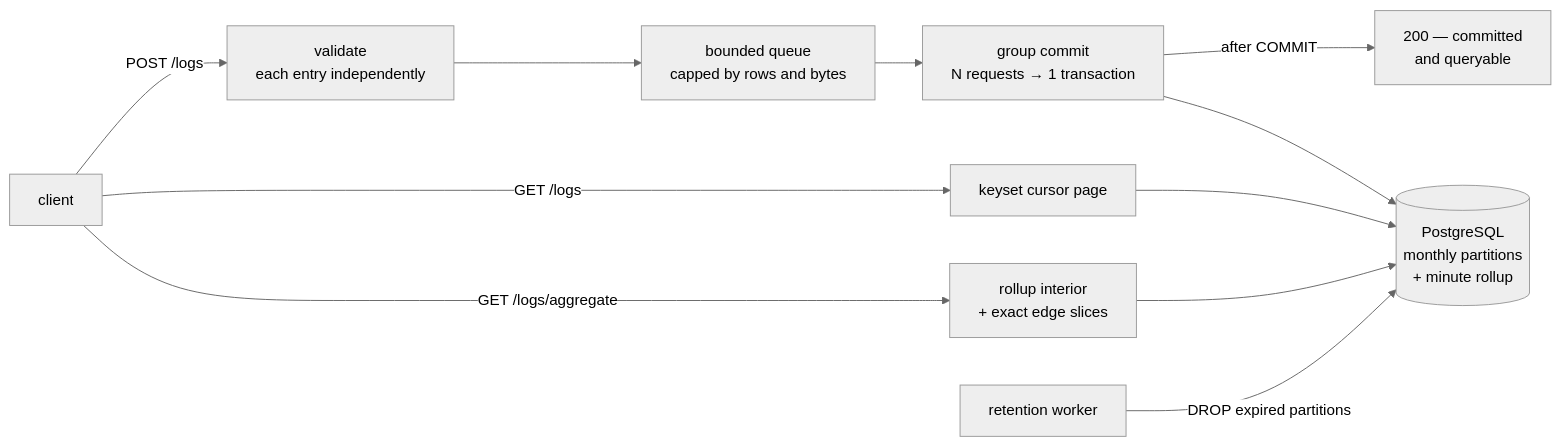
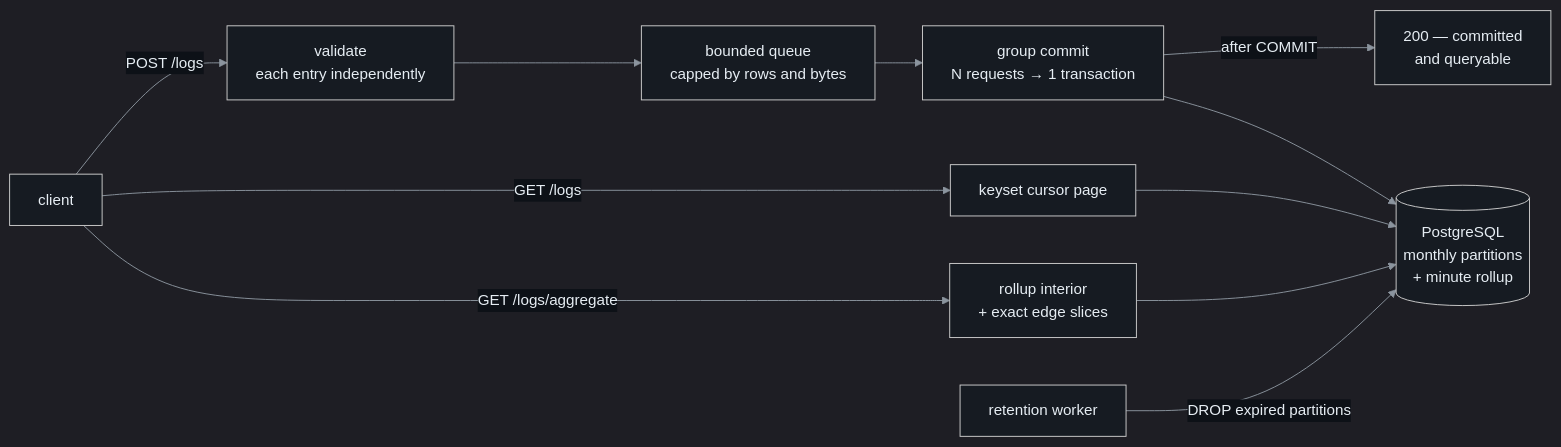
Before and after one commit to QutaibaAbualrob/foothill_logs_server: the third of 4 diagrams in README.md, drawn with Mermaid. The commit also changed other lines of this file and 5 other files, not shown here.

````diff
--- a/README.md
+++ b/README.md
@@ -117,12 +121,12 @@
 ```mermaid
-%%{init: {'theme':'neutral'}}%%
+%%{init: {"theme":"dark","themeVariables":{"background":"#0D1117","mainBkg":"#161B22","primaryColor":"#161B22","primaryTextColor":"#E6EDF3","primaryBorderColor":"#30363D","secondaryColor":"#21262D","tertiaryColor":"#161B22","lineColor":"#8B949E","textColor":"#E6EDF3","clusterBkg":"#161B22","clusterBorder":"#30363D","titleColor":"#E6EDF3","edgeLabelBackground":"#0D1117","pie1":"#58A6FF","pie2":"#F0883E","pie3":"#3FB950","pie4":"#8B949E","pieTitleTextColor":"#E6EDF3","pieSectionTextColor":"#0D1117","pieLegendTextColor":"#E6EDF3","pieStrokeColor":"#30363D","pieOuterStrokeColor":"#30363D","cScale0":"#161B22","cScale1":"#21262D","cScale2":"#161B22","cScaleLabel0":"#E6EDF3","cScaleLabel1":"#E6EDF3","cScaleLabel2":"#E6EDF3"}}}%%
 flowchart LR
     C["client"] -->|"POST /logs"| V["validate<br/>each entry independently"]
     V --> Q["bounded queue<br/>capped by rows and bytes"]
     Q --> G["group commit<br/>N requests → 1 transaction"]
     G --> DB[("PostgreSQL<br/>monthly partitions<br/>+ minute rollup")]
     G -->|"after COMMIT"| R["200 — committed<br/>and queryable"]
     C -->|"GET /logs"| K["keyset cursor page"] --> DB
     C -->|"GET /logs/aggregate"| A["rollup interior<br/>+ exact edge slices"] --> DB
     RW["retention worker"] -->|"DROP expired partitions"| DB
 ```
````
